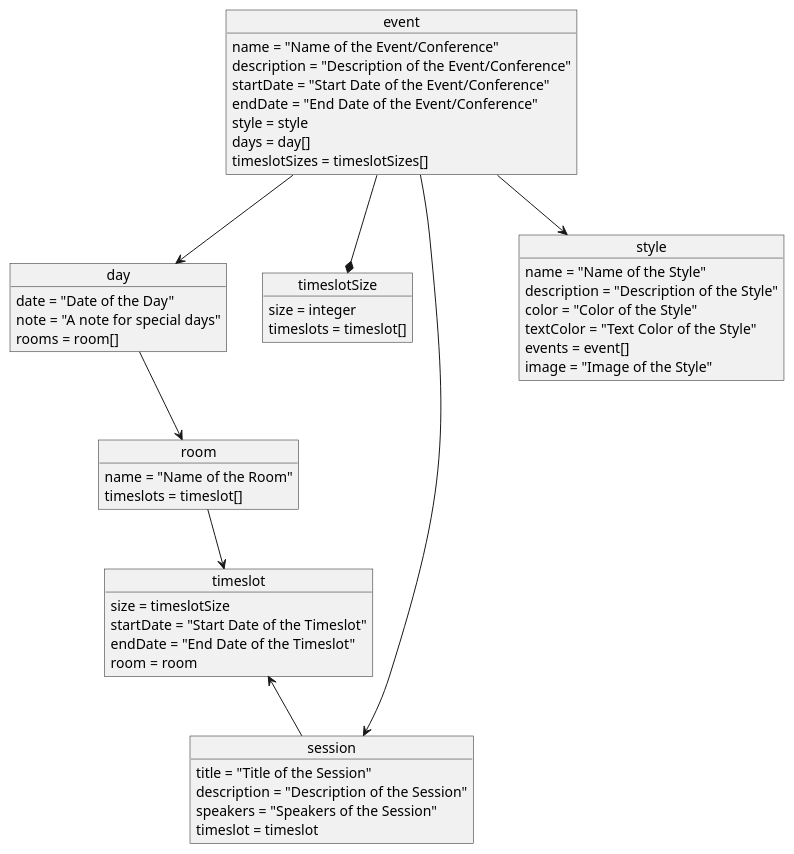
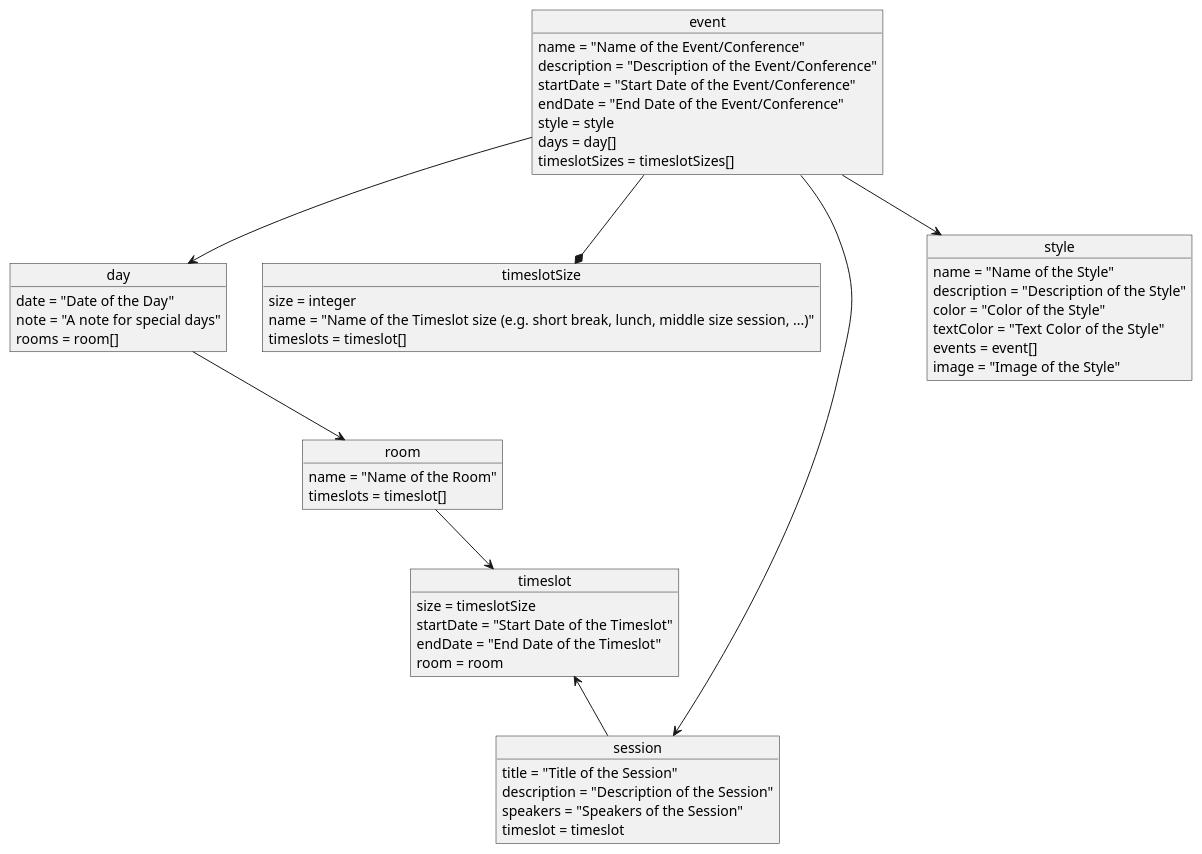
Before and after one commit to mayflower/oTTo: the diagram in docs/diagrams/business_models.puml, drawn with PlantUML. The commit also changed 1 other file, not shown here.

Commit message:
add missing name for timeslot size

```diff
--- a/docs/diagrams/business_models.puml
+++ b/docs/diagrams/business_models.puml
@@ -1,56 +1,57 @@
 @startuml BusinessModels
 
 object event
 object day
 object room
 object timeslotSize
 object timeslot
 object session
 object style
 
 event : name = "Name of the Event/Conference"
 event : description = "Description of the Event/Conference"
 event : startDate = "Start Date of the Event/Conference"
 event : endDate = "End Date of the Event/Conference"
 event : style = style
 event : days = day[]
 event : timeslotSizes = timeslotSizes[]
 
 day : date = "Date of the Day"
 day : note = "A note for special days"
 day : rooms = room[]
 
 room : name = "Name of the Room"
 room : timeslots = timeslot[]
 
 timeslotSize : size = integer
+timeslotSize : name = "Name of the Timeslot size (e.g. short break, lunch, middle size session, ...)"
 timeslotSize : timeslots = timeslot[]
 
 timeslot : size = timeslotSize
 timeslot : startDate = "Start Date of the Timeslot"
 timeslot : endDate = "End Date of the Timeslot"
 timeslot : room = room
 
 session : title = "Title of the Session"
 session : description = "Description of the Session"
 session : speakers = "Speakers of the Session"
 session : timeslot = timeslot
 
 style : name = "Name of the Style"
 style : description = "Description of the Style"
 style : color = "Color of the Style"
 style : textColor = "Text Color of the Style"
 style : events = event[]
 style : image = "Image of the Style"
 
 event --> day
 event --> style
 event --* timeslotSize
 event --> session
 
 day --> room
 
 room --> timeslot
 timeslot <-- session
 
 @enduml
```
